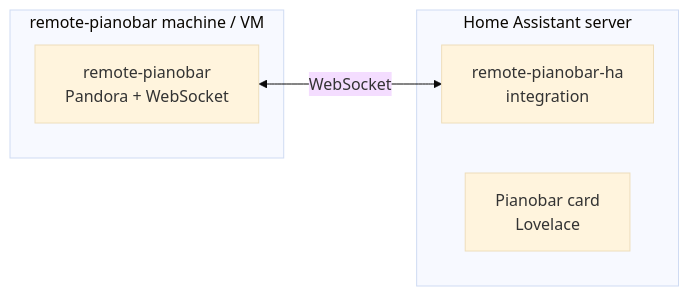
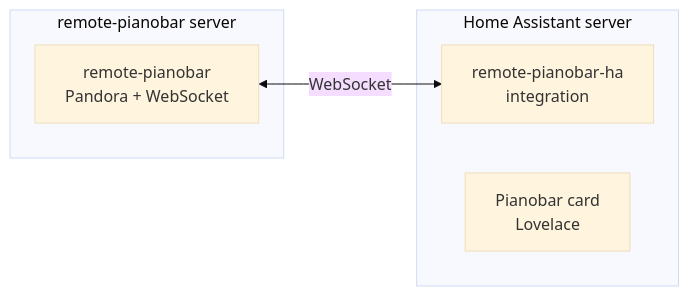
The diagram in README.md (mr-light-show/remote-pianobar-ha), drawn with Mermaid (base theme) before and after one commit.

````diff
--- a/README.md
+++ b/README.md
@@ -26,11 +26,11 @@
 ```mermaid
 flowchart LR
-  subgraph rpMachine [remote-pianobar machine / VM]
+  subgraph rpMachine [remote-pianobar server]
     rp[remote-pianobar<br>Pandora + WebSocket]
   end
   subgraph ha [Home Assistant server]
     integration[remote-pianobar-ha<br>integration]
     card[Pianobar card<br>Lovelace]
   end
   rp <-->|WebSocket| integration
 ```
````
